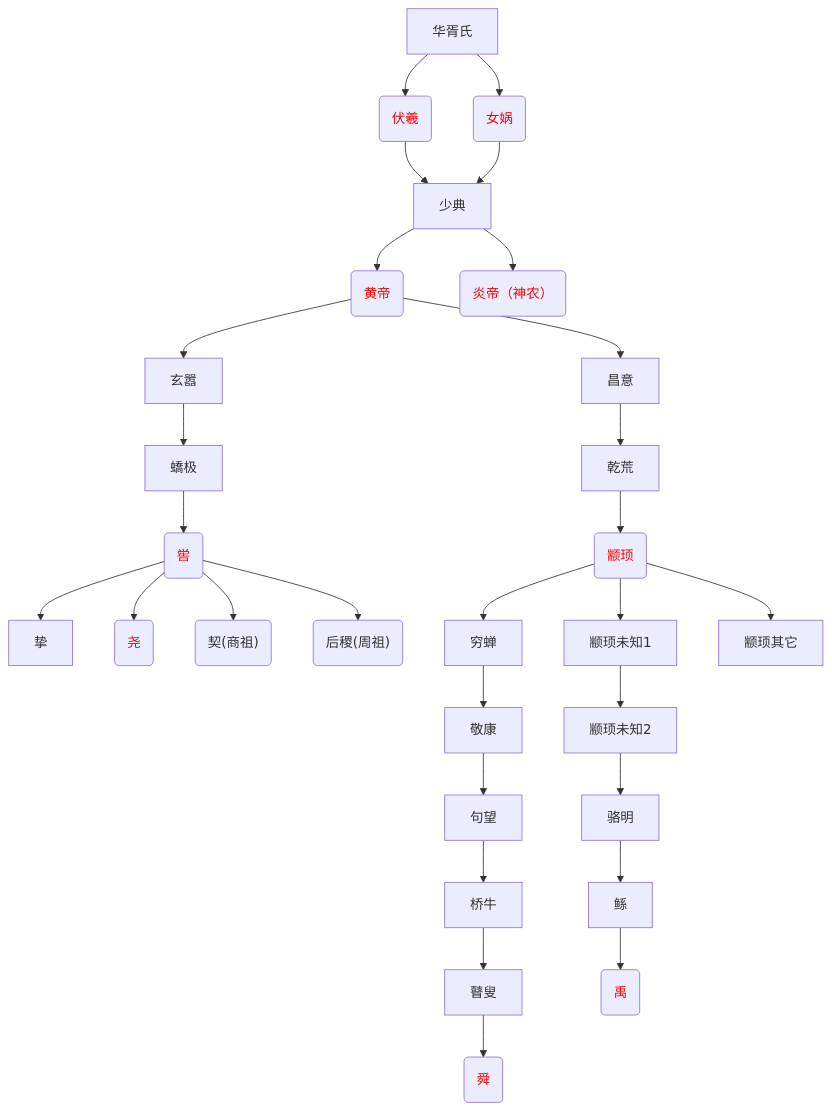
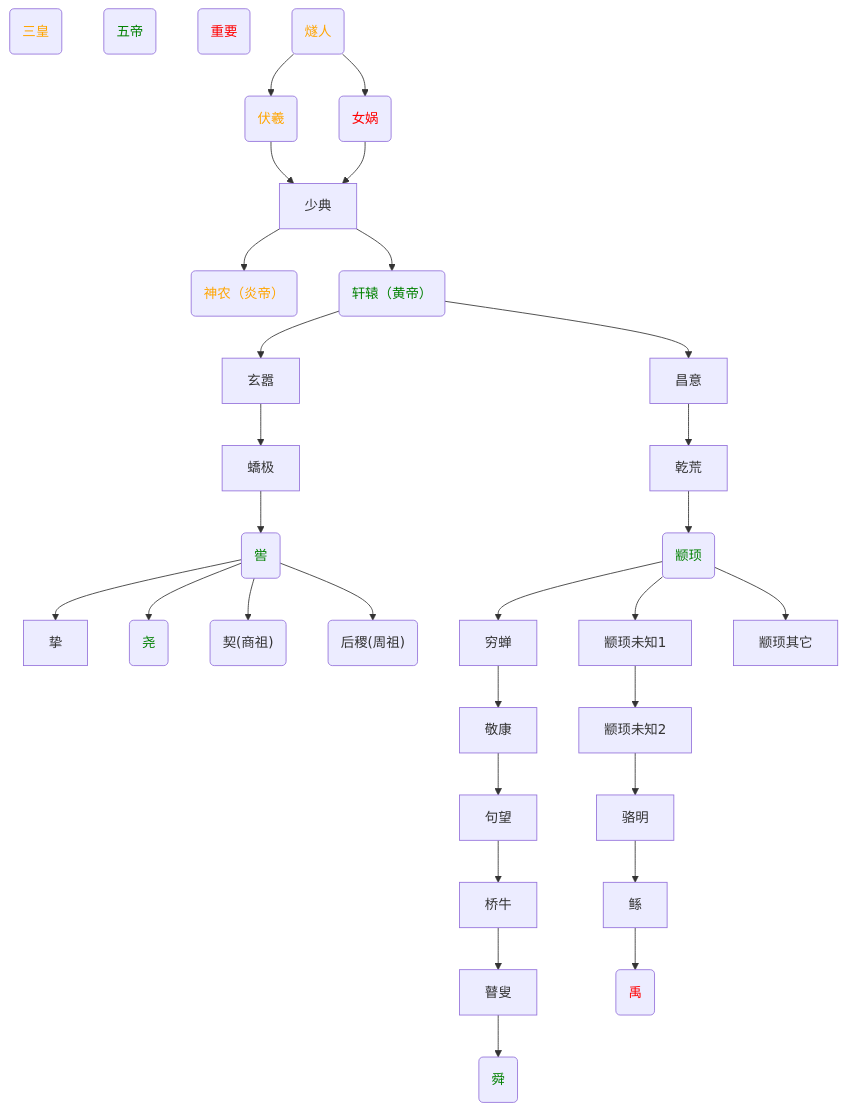
One commit to Jerrybaijy/notes changed the first of 3 diagrams in 历史/中国史/中国史.md. Above: the diagram before and after it, drawn with Mermaid. The commit also changed other lines of this file and 7 other files, not shown here.

````diff
--- a/历史/中国史/中国史.md
+++ b/历史/中国史/中国史.md
@@ -586,35 +597,40 @@
     ```mermaid
     flowchart TD
         
-        华胥氏 --> 伏羲("<font color='red'>伏羲</font>") & 女娲("<font color='red'>女娲</font>") --> 少典 --> 黄帝("<font color='red'>黄帝</font>") & 炎帝("<font color='red'>炎帝（神农）</font>")
+        三皇("<font color='orange'>三皇</font>")
+        五帝("<font color='green'>五帝</font>")
+        重要("<font color='red'>重要</font>")
         
-        黄帝 --> 玄嚣 & 昌意
+        燧人("<font color='orange'>燧人</font>") --> 伏羲("<font color='orange'>伏羲</font>") & 女娲("<font color='red'>女娲</font>") --> 少典 --> 神农("<font color='orange'>神农（炎帝）</font>") & 轩辕("<font color='green'>轩辕（黄帝）</font>")
         
-        玄嚣 --> 蟜极 --> 喾("<font color='red'>喾</font>")
-        昌意 --> 乾荒 --> 颛顼("<font color='red'>颛顼</font>")
+        轩辕 --> 玄嚣 & 昌意
         
-        喾 --> 挚 & 尧("<font color='red'>尧</font>") & 契("契(商祖)") & 后稷("后稷(周祖)")
+        玄嚣 --> 蟜极 --> 喾("<font color='green'>喾</font>")
+        昌意 --> 乾荒 --> 颛顼("<font color='green'>颛顼</font>")
+        
+        喾 --> 挚 & 尧("<font color='green'>尧</font>") & 契("契(商祖)") & 后稷("后稷(周祖)")
         颛顼 --> 穷蝉 & 颛顼未知1 & 颛顼其它
         
-        穷蝉 --> 敬康 --> 句望 --> 桥牛 --> 瞽叟 --> 舜("<font color='red'>舜</font>")
+        穷蝉 --> 敬康 --> 句望 --> 桥牛 --> 瞽叟 --> 舜("<font color='green'>舜</font>")
         颛顼未知1 --> 颛顼未知2 --> 骆明 --> 鲧 --> 禹("<font color='red'>禹</font>")
         
+        click 燧人 "https://zh.wikipedia.org/wiki/燧人氏" _blank
         click 伏羲 "https://zh.wikipedia.org/wiki/伏羲" _blank
         click 女娲 "https://zh.wikipedia.org/wiki/女娲" _blank
         click 少典 "https://zh.wikipedia.org/wiki/少典" _blank
-        click 黄帝 "https://zh.wikipedia.org/wiki/黄帝" _blank
-        click 炎帝 "https://zh.wikipedia.org/wiki/炎帝" _blank
+        click 轩辕 "https://zh.wikipedia.org/wiki/黄帝" _blank
+        click 神农 "https://zh.wikipedia.org/wiki/炎帝" _blank
         click 玄嚣 "https://zh.wikipedia.org/wiki/玄嚣" _blank
         click 昌意 "https://zh.wikipedia.org/wiki/昌意" _blank
         click 蟜极 "https://zh.wikipedia.org/wiki/蟜极" _blank
         click 喾 "https://zh.wikipedia.org/wiki/喾" _blank
         click 乾荒 "https://zh.wikipedia.org/wiki/乾荒" _blank
         click 颛顼 "https://zh.wikipedia.org/wiki/颛顼" _blank
         click 挚 "https://zh.wikipedia.org/wiki/挚" _blank
         click 尧 "https://zh.wikipedia.org/wiki/尧" _blank
         click 契 "https://zh.wikipedia.org/wiki/契" _blank
         click 后稷 "https://zh.wikipedia.org/wiki/后稷" _blank
         click 穷蝉 "https://zh.wikipedia.org/wiki/穷蝉" _blank
         click 舜 "https://zh.wikipedia.org/wiki/舜" _blank
         click 禹 "https://zh.wikipedia.org/wiki/禹" _blank
     ```
````
